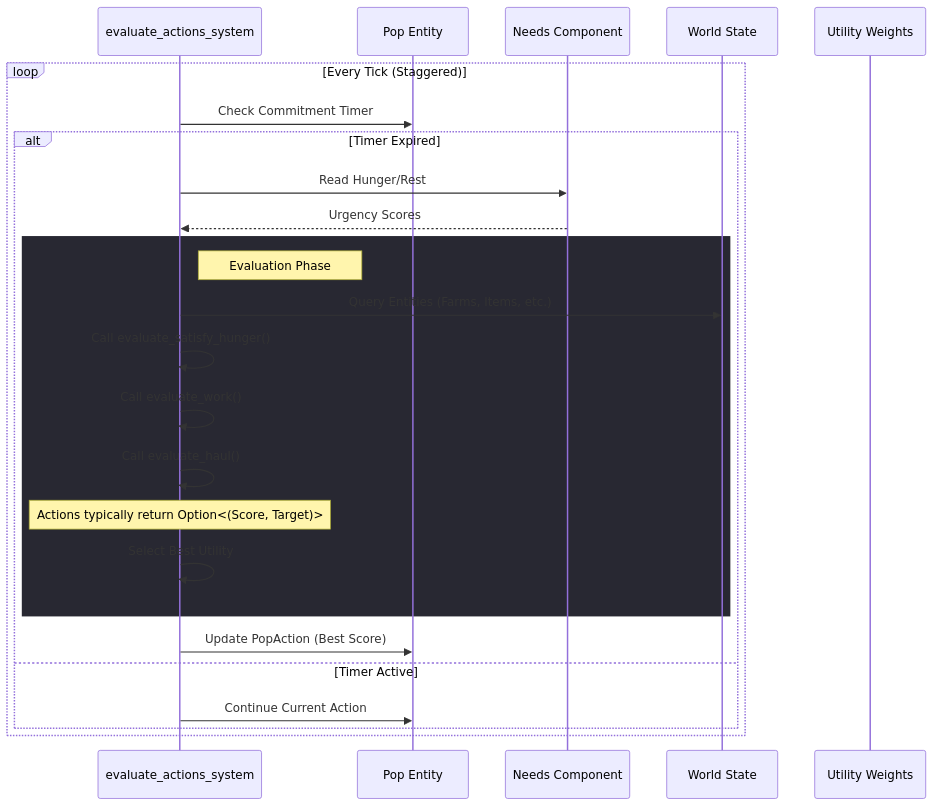
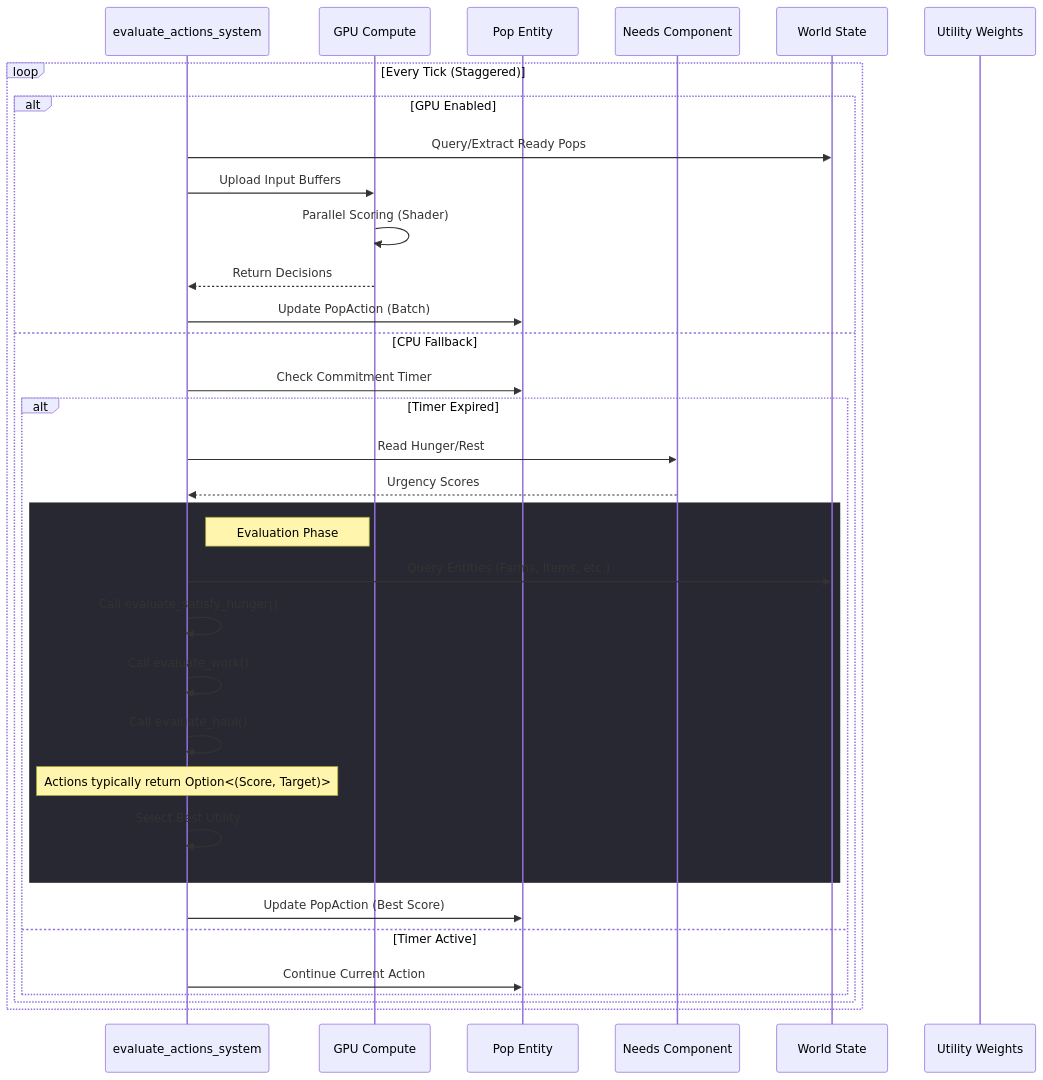
Before and after one commit to madmax983/project-zero: the fourth of 6 diagrams in docs/architecture.md, drawn with Mermaid. The commit also changed other lines of this file and 1 other file, not shown here.

Commit message:
docs: Add ADR 013 and update architecture diagrams for GPU Utility AI
- Added `docs/adr/013-gpu-accelerated-utility-ai.md` describing the GPU compute pipeline for pop utility scoring.
- Updated `docs/architecture.md` High-Level Components diagram to include the `GPU Compute` component.
- Updated `docs/architecture.md` Utility AI Decision Loop sequence diagram to visualize the GPU dispatch flow and CPU fallback.
- Added link to ADR 013 in Related Decisions.

````diff
--- a/docs/architecture.md
+++ b/docs/architecture.md
@@ -100,32 +102,41 @@
 ```mermaid
 sequenceDiagram
     participant System as evaluate_actions_system
+    participant GPU as GPU Compute
     participant Pop as Pop Entity
     participant Needs as Needs Component
     participant World as World State
     participant Memory as Utility Weights
 
     loop Every Tick (Staggered)
-        System->>Pop: Check Commitment Timer
-        alt Timer Expired
-            System->>Needs: Read Hunger/Rest
-            Needs-->>System: Urgency Scores
+        alt GPU Enabled
+            System->>World: Query/Extract Ready Pops
+            System->>GPU: Upload Input Buffers
+            GPU->>GPU: Parallel Scoring (Shader)
+            GPU-->>System: Return Decisions
+            System->>Pop: Update PopAction (Batch)
+        else CPU Fallback
+            System->>Pop: Check Commitment Timer
+            alt Timer Expired
+                System->>Needs: Read Hunger/Rest
+                Needs-->>System: Urgency Scores
 
-            rect rgb(40, 40, 50)
-                Note right of System: Evaluation Phase
-                System->>World: Query Entities (Farms, Items, etc.)
+                rect rgb(40, 40, 50)
+                    Note right of System: Evaluation Phase
+                    System->>World: Query Entities (Farms, Items, etc.)
 
-                System->>System: Call evaluate_satisfy_hunger()
-                System->>System: Call evaluate_work()
-                System->>System: Call evaluate_haul()
+                    System->>System: Call evaluate_satisfy_hunger()
+                    System->>System: Call evaluate_work()
+                    System->>System: Call evaluate_haul()
 
-                Note over System: Actions typically return Option<(Score, Target)>
-                System->>System: Select Best Utility
+                    Note over System: Actions typically return Option<(Score, Target)>
+                    System->>System: Select Best Utility
+                end
+
+                System->>Pop: Update PopAction (Best Score)
+            else Timer Active
+                System->>Pop: Continue Current Action
             end
-
-            System->>Pop: Update PopAction (Best Score)
-        else Timer Active
-            System->>Pop: Continue Current Action
         end
     end
 ```
````
